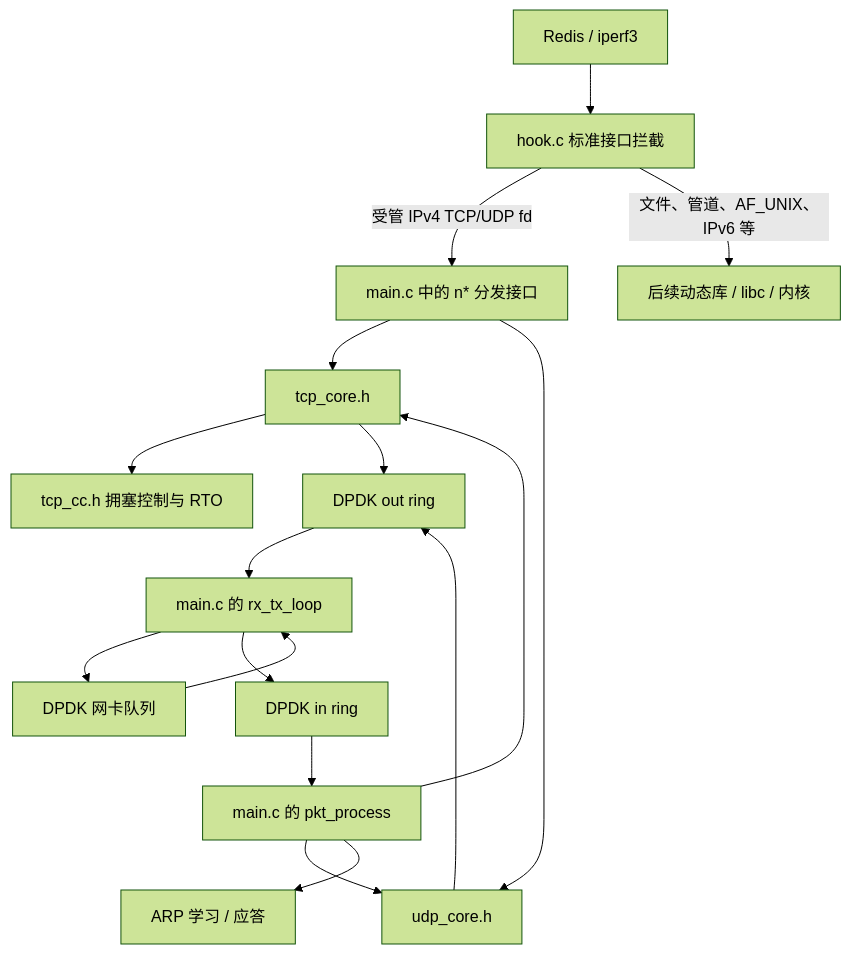
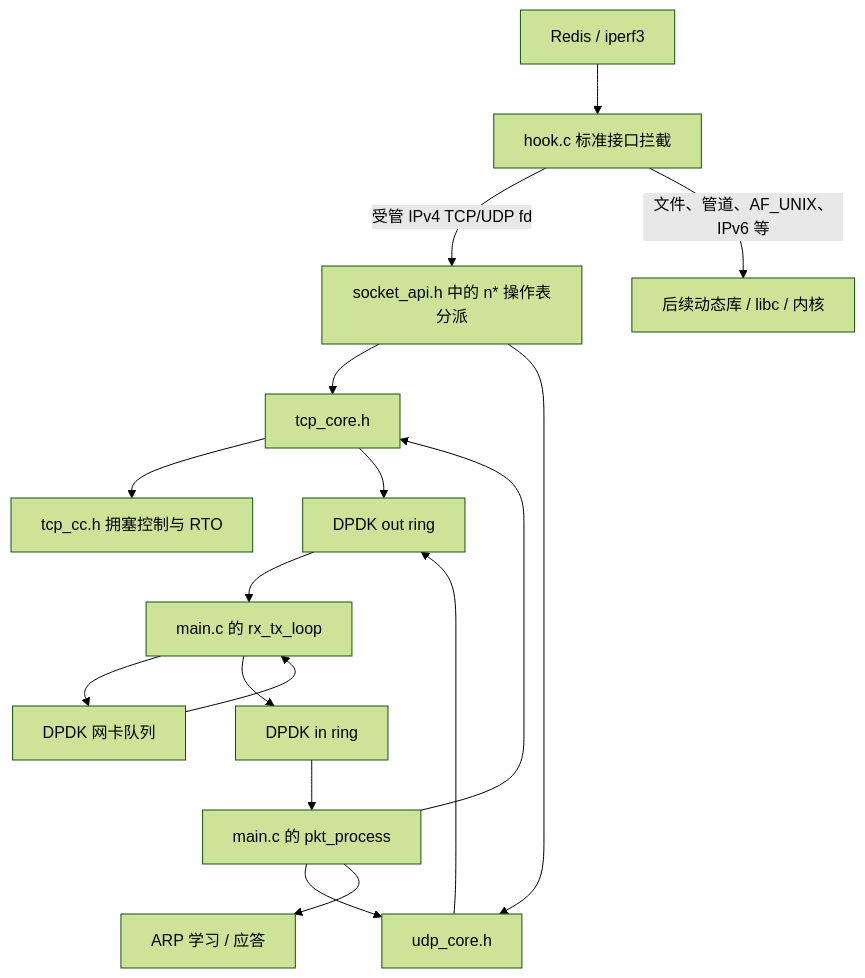
The diagram in examples/13_redis/docs/CODE_GUIDE.md (tangming111/dpdk_protocol_stack), drawn with Mermaid (forest theme) before and after one commit. The commit also changed other lines of this file and 25 other files, not shown here.

````diff
--- a/examples/13_redis/docs/CODE_GUIDE.md
+++ b/examples/13_redis/docs/CODE_GUIDE.md
@@ -30,19 +32,19 @@
 ```mermaid
 flowchart TD
     APP[Redis / iperf3] --> HOOK[hook.c 标准接口拦截]
-    HOOK -->|受管 IPv4 TCP/UDP fd| API[main.c 中的 n* 分发接口]
+    HOOK -->|受管 IPv4 TCP/UDP fd| API[socket_api.h 中的 n* 操作表分派]
     HOOK -->|文件、管道、AF_UNIX、IPv6 等| LIBC[后续动态库 / libc / 内核]
     API --> TCP[tcp_core.h]
     API --> UDP[udp_core.h]
     TCP --> CC[tcp_cc.h 拥塞控制与 RTO]
     TCP --> OUT[DPDK out ring]
     UDP --> OUT
     OUT --> IO[main.c 的 rx_tx_loop]
     IO --> NIC[DPDK 网卡队列]
     NIC --> IO
     IO --> IN[DPDK in ring]
     IN --> PARSE[main.c 的 pkt_process]
     PARSE --> TCP
     PARSE --> UDP
     PARSE --> ARP[ARP 学习 / 应答]
 ```
````
